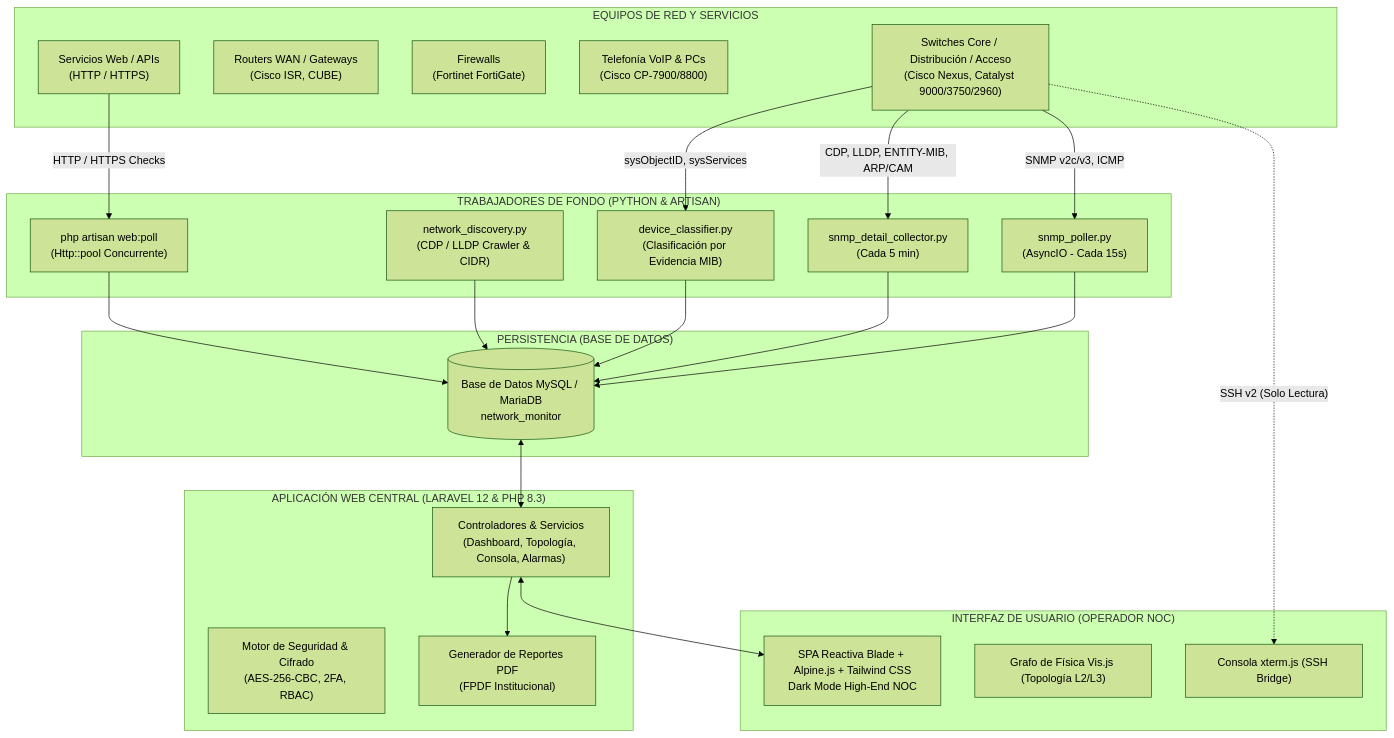
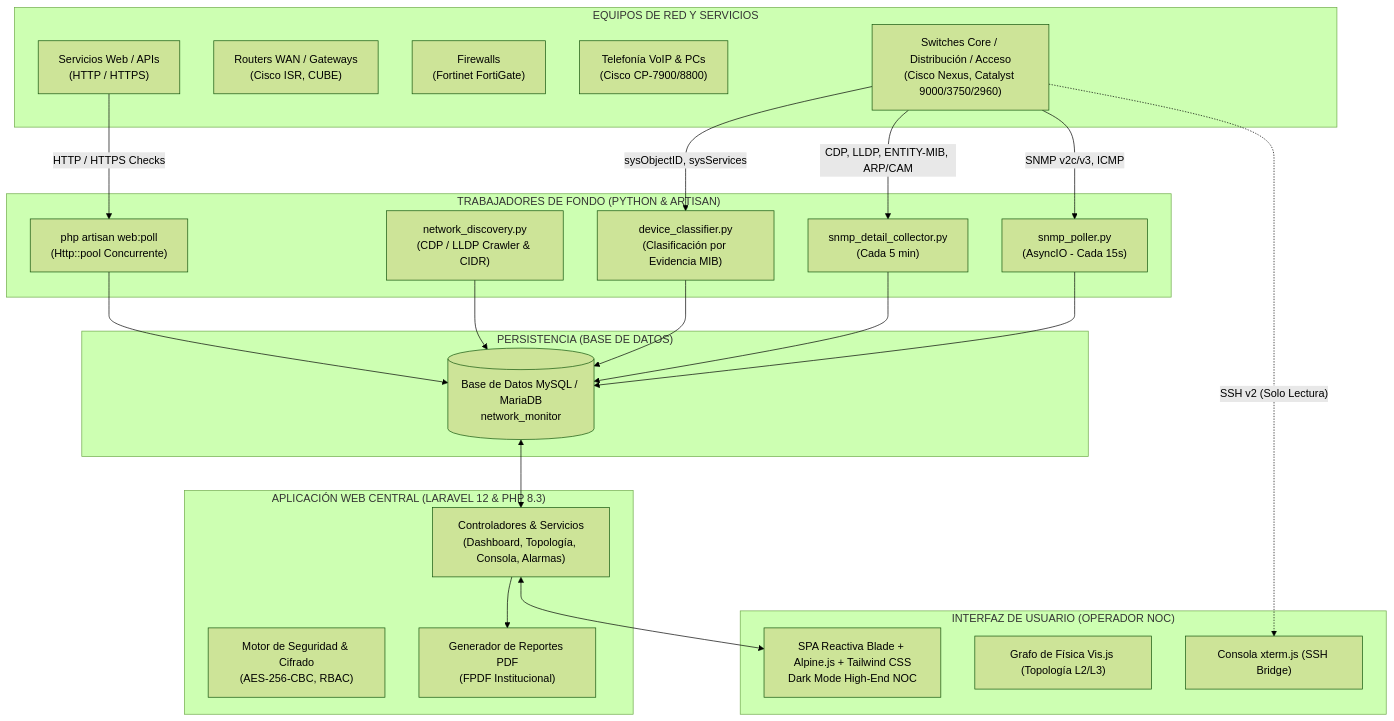
One commit to 2125200128-cloud/network-monitor changed the first of 2 diagrams in DOCUMENTACION_SISTEMA_NOC.md. Above: the diagram before and after it, drawn with Mermaid (forest theme). The commit also changed other lines of this file and 92 other files, not shown here.

````diff
--- a/DOCUMENTACION_SISTEMA_NOC.md
+++ b/DOCUMENTACION_SISTEMA_NOC.md
@@ -32,50 +32,50 @@
 ```mermaid
 flowchart TB
     subgraph Infraestructura ["EQUIPOS DE RED Y SERVICIOS"]
         Switches["Switches Core / Distribución / Acceso<br/>(Cisco Nexus, Catalyst 9000/3750/2960)"]
         Routers["Routers WAN / Gateways<br/>(Cisco ISR, CUBE)"]
         Firewalls["Firewalls<br/>(Fortinet FortiGate)"]
         VoIP["Telefonía VoIP & PCs<br/>(Cisco CP-7900/8800)"]
         Webs["Servicios Web / APIs<br/>(HTTP / HTTPS)"]
     end
 
     subgraph Workers ["TRABAJADORES DE FONDO (PYTHON & ARTISAN)"]
         SNMP_Poller["snmp_poller.py<br/>(AsyncIO - Cada 15s)"]
         SNMP_Detail["snmp_detail_collector.py<br/>(Cada 5 min)"]
         Classifier["device_classifier.py<br/>(Clasificación por Evidencia MIB)"]
         Discovery["network_discovery.py<br/>(CDP / LLDP Crawler & CIDR)"]
         WebPoller["php artisan web:poll<br/>(Http::pool Concurrente)"]
     end
 
     subgraph Storage ["PERSISTENCIA (BASE DE DATOS)"]
         MySQL[("Base de Datos MySQL / MariaDB<br/>network_monitor")]
     end
 
     subgraph CoreApp ["APLICACIÓN WEB CENTRAL (LARAVEL 12 & PHP 8.3)"]
         Controllers["Controladores & Servicios<br/>(Dashboard, Topología, Consola, Alarmas)"]
-        Crypto["Motor de Seguridad & Cifrado<br/>(AES-256-CBC, 2FA, RBAC)"]
+        Crypto["Motor de Seguridad & Cifrado<br/>(AES-256-CBC, RBAC)"]
         Reporting["Generador de Reportes PDF<br/>(FPDF Institucional)"]
     end
 
     subgraph Frontend ["INTERFAZ DE USUARIO (OPERADOR NOC)"]
         UI["SPA Reactiva Blade + Alpine.js + Tailwind CSS<br/>Dark Mode High-End NOC"]
         VisGraph["Grafo de Física Vis.js (Topología L2/L3)"]
         Term["Consola xterm.js (SSH Bridge)"]
     end
 
     Switches -- "SNMP v2c/v3, ICMP" --> SNMP_Poller
     Switches -- "CDP, LLDP, ENTITY-MIB, ARP/CAM" --> SNMP_Detail
     Switches -- "sysObjectID, sysServices" --> Classifier
     Webs -- "HTTP / HTTPS Checks" --> WebPoller
     Switches -. "SSH v2 (Solo Lectura)" .-> Term
 
     SNMP_Poller --> MySQL
     SNMP_Detail --> MySQL
     Classifier --> MySQL
     Discovery --> MySQL
     WebPoller --> MySQL
 
     MySQL <--> Controllers
     Controllers <--> UI
     Controllers --> Reporting
 ```
````
